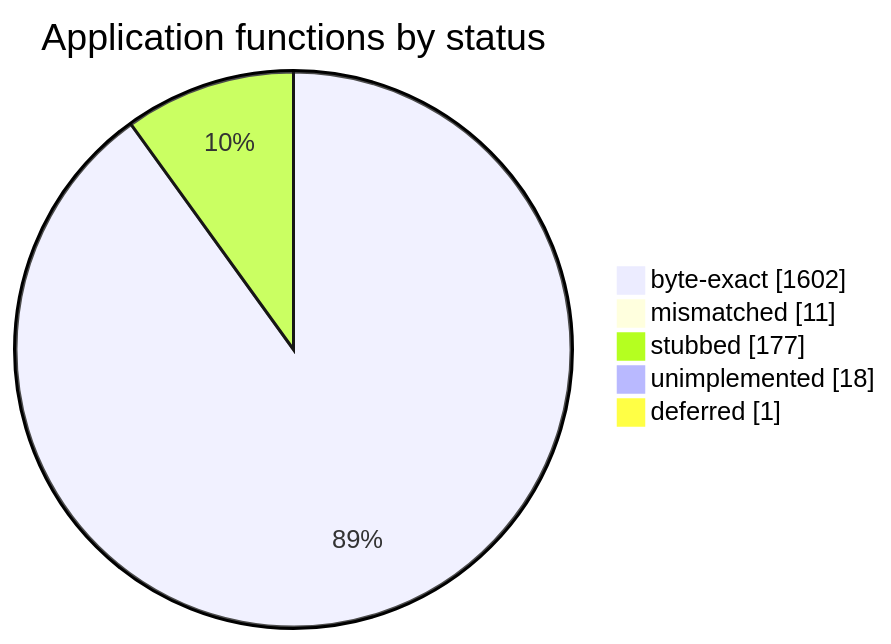
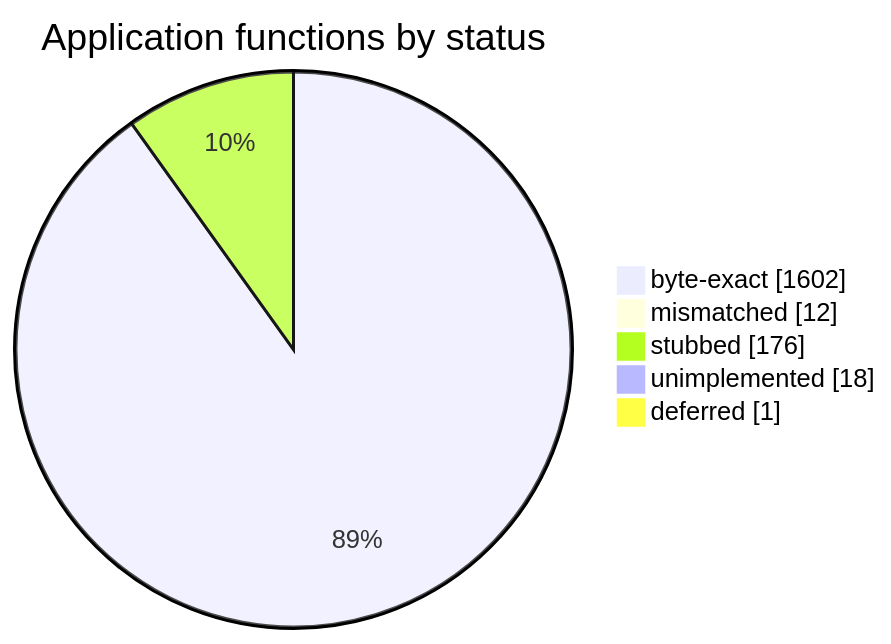
One commit to sorokya/eos changed the diagram in README.md. Above: the diagram before and after it, drawn with Mermaid. The commit also changed other lines of this file and 6 other files, not shown here.

````diff
--- a/README.md
+++ b/README.md
@@ -152,9 +152,9 @@
 ```mermaid
 pie showData
     title Application functions by status
     "byte-exact" : 1602
-    "mismatched" : 11
-    "stubbed" : 177
+    "mismatched" : 12
+    "stubbed" : 176
     "unimplemented" : 18
     "deferred" : 1
 ```
````
